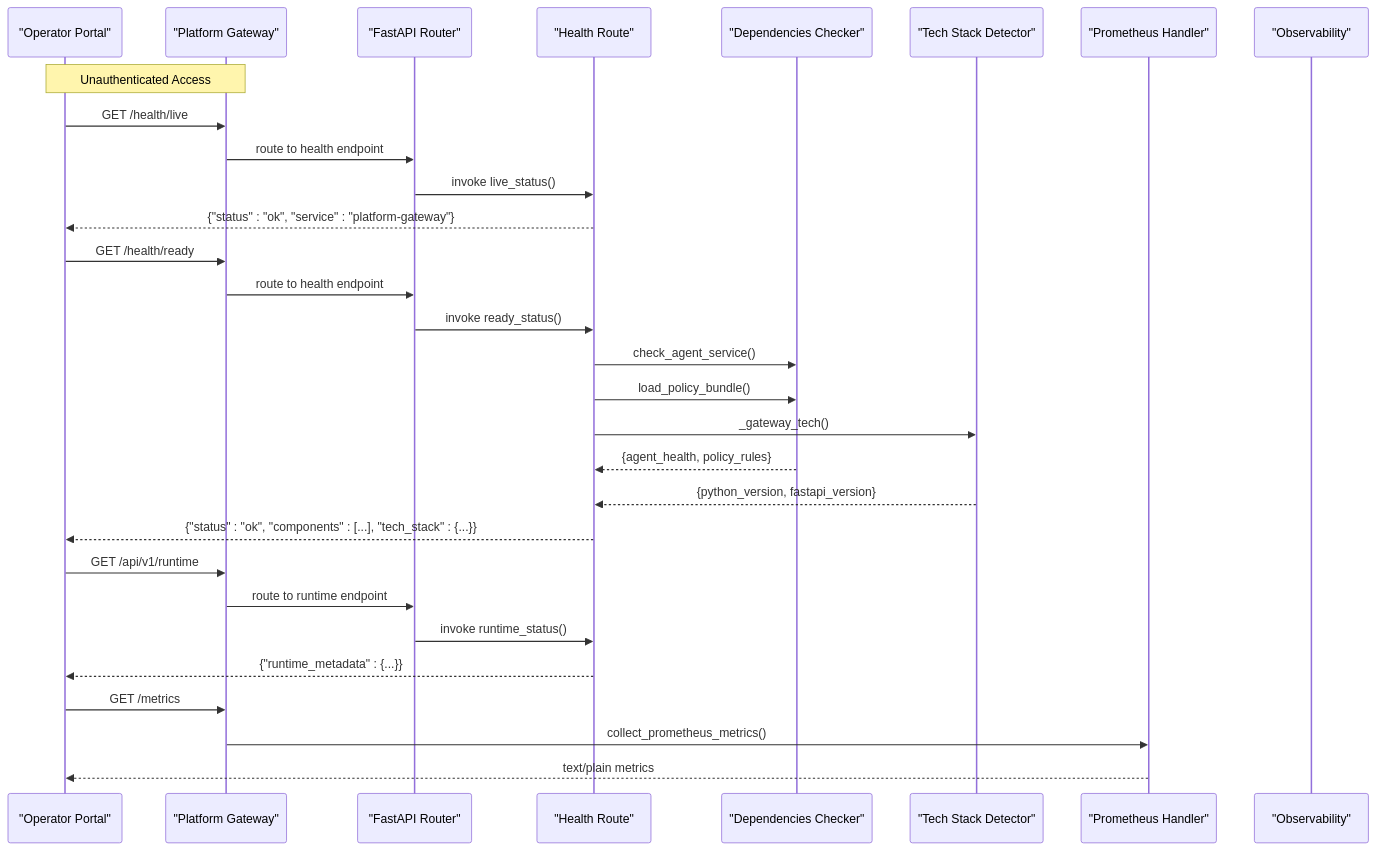
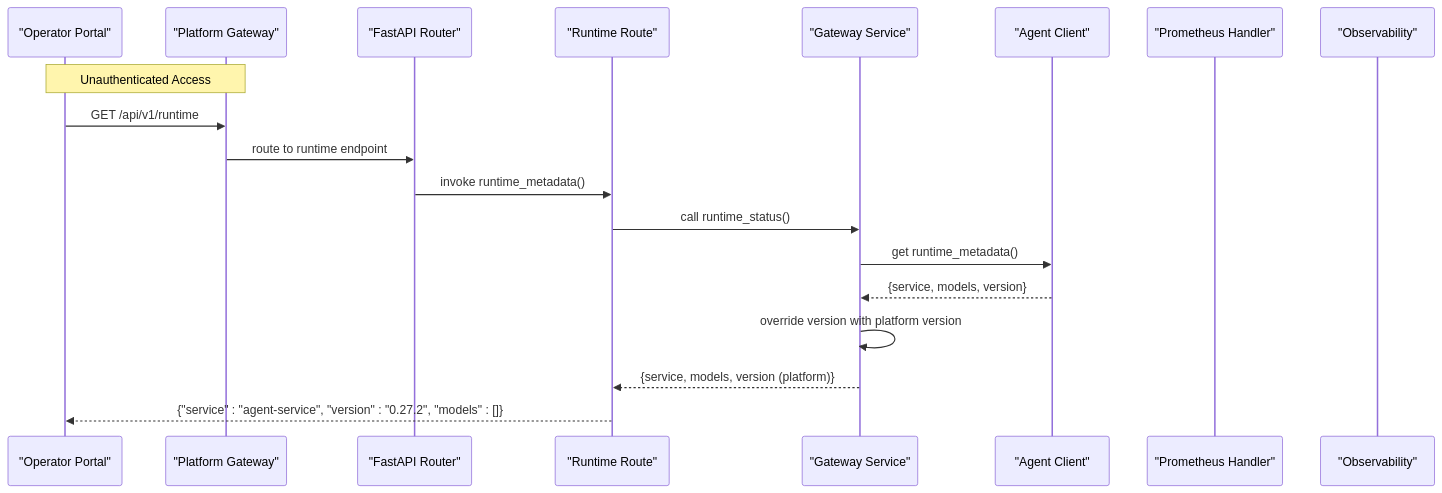
The second of 11 diagrams in .qoder/repowiki/en/content/API Reference/Agent Platform API/Health & Monitoring API.md (metasync/luban-aiops), drawn with Mermaid before and after one commit. The commit also changed other lines of this file and 5 other files, not shown here.

````diff
--- a/.qoder/repowiki/en/content/API Reference/Agent Platform API/Health & Monitoring API.md
+++ b/.qoder/repowiki/en/content/API Reference/Agent Platform API/Health & Monitoring API.md
@@ -180,32 +178,21 @@
 ```mermaid
 sequenceDiagram
 participant Client as "Operator Portal"
 participant Gateway as "Platform Gateway"
 participant Router as "FastAPI Router"
-participant Health as "Health Route"
-participant Deps as "Dependencies Checker"
-participant Tech as "Tech Stack Detector"
+participant Runtime as "Runtime Route"
+participant Service as "Gateway Service"
+participant Agent as "Agent Client"
 participant Metrics as "Prometheus Handler"
 participant Obs as "Observability"
 Note over Client,Gateway : Unauthenticated Access
-Client->>Gateway : GET /health/live
-Gateway->>Router : route to health endpoint
-Router->>Health : invoke live_status()
-Health-->>Client : {"status" : "ok", "service" : "platform-gateway"}
-Client->>Gateway : GET /health/ready
-Gateway->>Router : route to health endpoint
-Router->>Health : invoke ready_status()
-Health->>Deps : check_agent_service()
-Health->>Deps : load_policy_bundle()
-Health->>Tech : _gateway_tech()
-Deps-->>Health : {agent_health, policy_rules}
-Tech-->>Health : {python_version, fastapi_version}
-Health-->>Client : {"status" : "ok", "components" : [...], "tech_stack" : {...}}
 Client->>Gateway : GET /api/v1/runtime
 Gateway->>Router : route to runtime endpoint
-Router->>Health : invoke runtime_status()
-Health-->>Client : {"runtime_metadata" : {...}}
-Client->>Gateway : GET /metrics
-Gateway->>Metrics : collect_prometheus_metrics()
-Metrics-->>Client : text/plain metrics
+Router->>Runtime : invoke runtime_metadata()
+Runtime->>Service : call runtime_status()
+Service->>Agent : get runtime_metadata()
+Agent-->>Service : {service, models, version}
+Service->>Service : override version with platform version
+Service-->>Runtime : {service, models, version (platform)}
+Runtime-->>Client : {"service" : "agent-service", "version" : "0.27.2", "models" : []}
 ```
````
